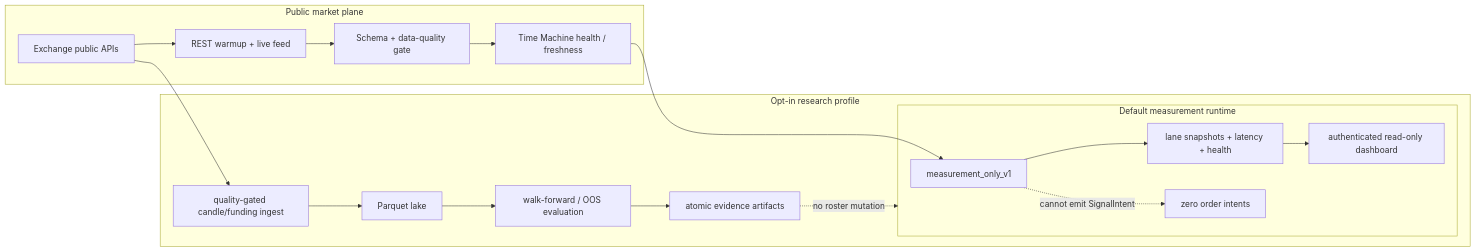
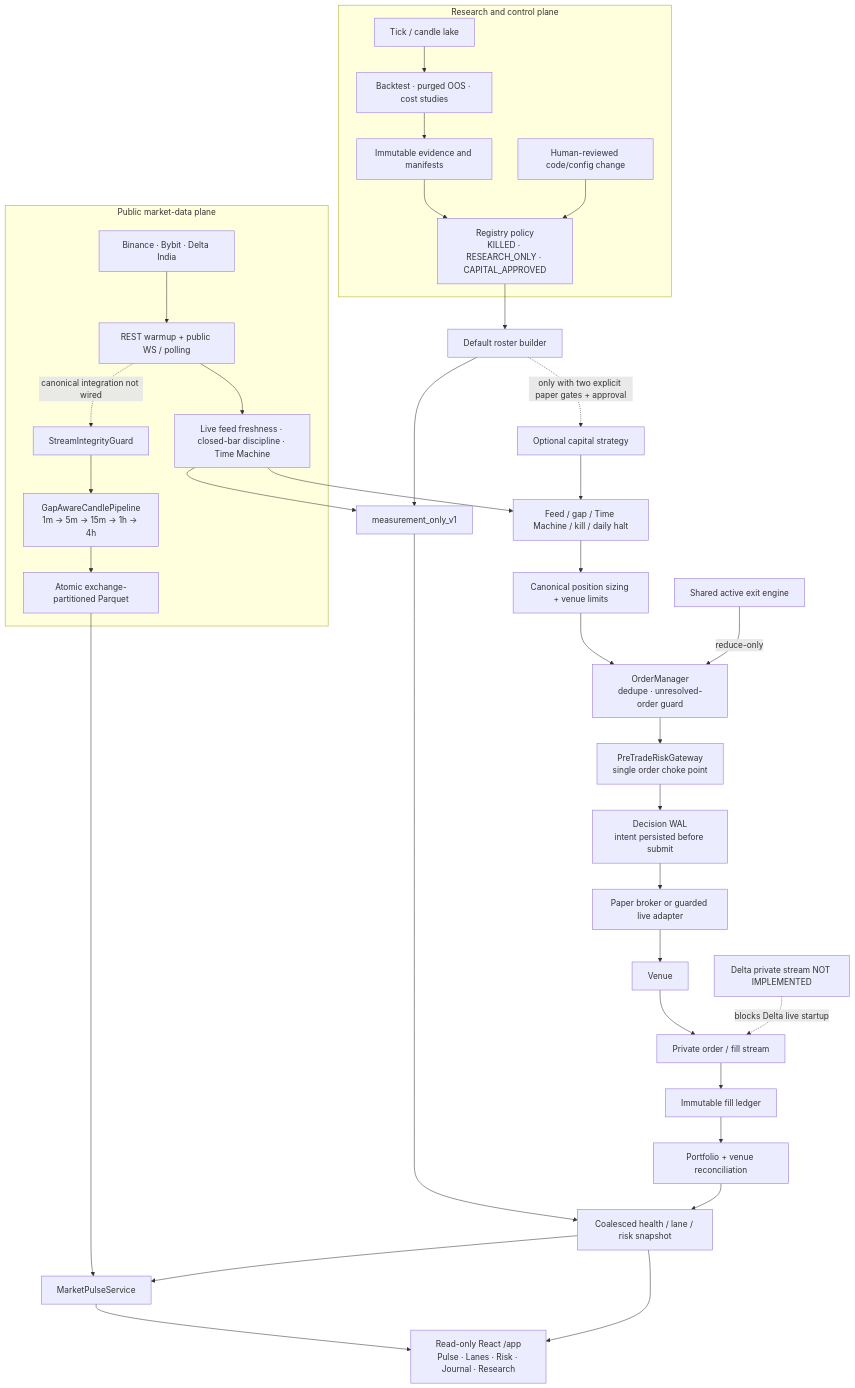
The first of 3 diagrams in docs/ARCHITECTURE_FLOW.md (vikkl1990/vnedge), drawn with Mermaid before and after one commit. The commit also changed other lines of this file and 52 other files, not shown here.

````diff
--- a/docs/ARCHITECTURE_FLOW.md
+++ b/docs/ARCHITECTURE_FLOW.md
@@ -10,23 +20,43 @@
 ```mermaid
-flowchart LR
-    subgraph Public["Public market plane"]
-        Venue["Exchange public APIs"] --> Feed["REST warmup + live feed"]
-        Feed --> DQ["Schema + data-quality gate"]
-        DQ --> TM["Time Machine health / freshness"]
+flowchart TB
+    subgraph Control["Research and control plane"]
+        TickLake["Tick / candle lake"] --> Research["Backtest · purged OOS · cost studies"]
+        Research --> Evidence["Immutable evidence and manifests"]
+        Evidence --> Registry["Registry policy<br/>KILLED · RESEARCH_ONLY · CAPITAL_APPROVED"]
+        Human["Human-reviewed code/config change"] --> Registry
     end
 
-    subgraph Default["Default measurement runtime"]
-        TM --> Measure["measurement_only_v1"]
-        Measure --> Snapshot["lane snapshots + latency + health"]
-        Snapshot --> Dashboard["authenticated read-only dashboard"]
-        Measure -. "cannot emit SignalIntent" .-> NoOrders["zero order intents"]
+    subgraph Public["Public market-data plane"]
+        Venues["Binance · Bybit · Delta India"] --> PublicFeed["REST warmup + public WS / polling"]
+        PublicFeed --> LiveDQ["Live feed freshness · closed-bar discipline · Time Machine"]
+        PublicFeed -. "canonical integration not wired" .-> Integrity["StreamIntegrityGuard"]
+        Integrity --> CandlePipe["GapAwareCandlePipeline<br/>1m → 5m → 15m → 1h → 4h"]
+        CandlePipe --> CanonicalLake["Atomic exchange-partitioned Parquet"]
     end
 
-    subgraph Research["Opt-in research profile"]
-        Venue --> Ingest["quality-gated candle/funding ingest"]
-        Ingest --> Lake["Parquet lake"]
-        Lake --> WF["walk-forward / OOS evaluation"]
-        WF --> Evidence["atomic evidence artifacts"]
-        Evidence -. "no roster mutation" .-> Default
-    end
+    Registry --> Roster["Default roster builder"]
+    LiveDQ --> Measure["measurement_only_v1"]
+    Roster --> Measure
+    Measure --> Snapshot["Coalesced health / lane / risk snapshot"]
+    CanonicalLake --> PulseService["MarketPulseService"]
+    Snapshot --> PulseService
+    PulseService --> Dashboard["Read-only React /app<br/>Pulse · Lanes · Risk · Journal · Research"]
+    Snapshot --> Dashboard
+
+    Roster -. "only with two explicit paper gates + approval" .-> Strategy["Optional capital strategy"]
+    LiveDQ --> EntryGates["Feed / gap / Time Machine / kill / daily halt"]
+    Strategy --> EntryGates
+    EntryGates --> Sizing["Canonical position sizing + venue limits"]
+    Sizing --> OM["OrderManager<br/>dedupe · unresolved-order guard"]
+    Exit["Shared active exit engine"] -->|"reduce-only"| OM
+    OM --> Risk["PreTradeRiskGateway<br/>single order choke point"]
+    Risk --> WAL["Decision WAL<br/>intent persisted before submit"]
+    WAL --> Adapter["Paper broker or guarded live adapter"]
+    Adapter --> Exchange["Venue"]
+    Exchange --> Private["Private order / fill stream"]
+    Private --> FillLedger["Immutable fill ledger"]
+    FillLedger --> Recon["Portfolio + venue reconciliation"]
+    Recon --> Snapshot
+
+    DeltaBlock["Delta private stream NOT IMPLEMENTED"] -. "blocks Delta live startup" .-> Private
 ```
````
